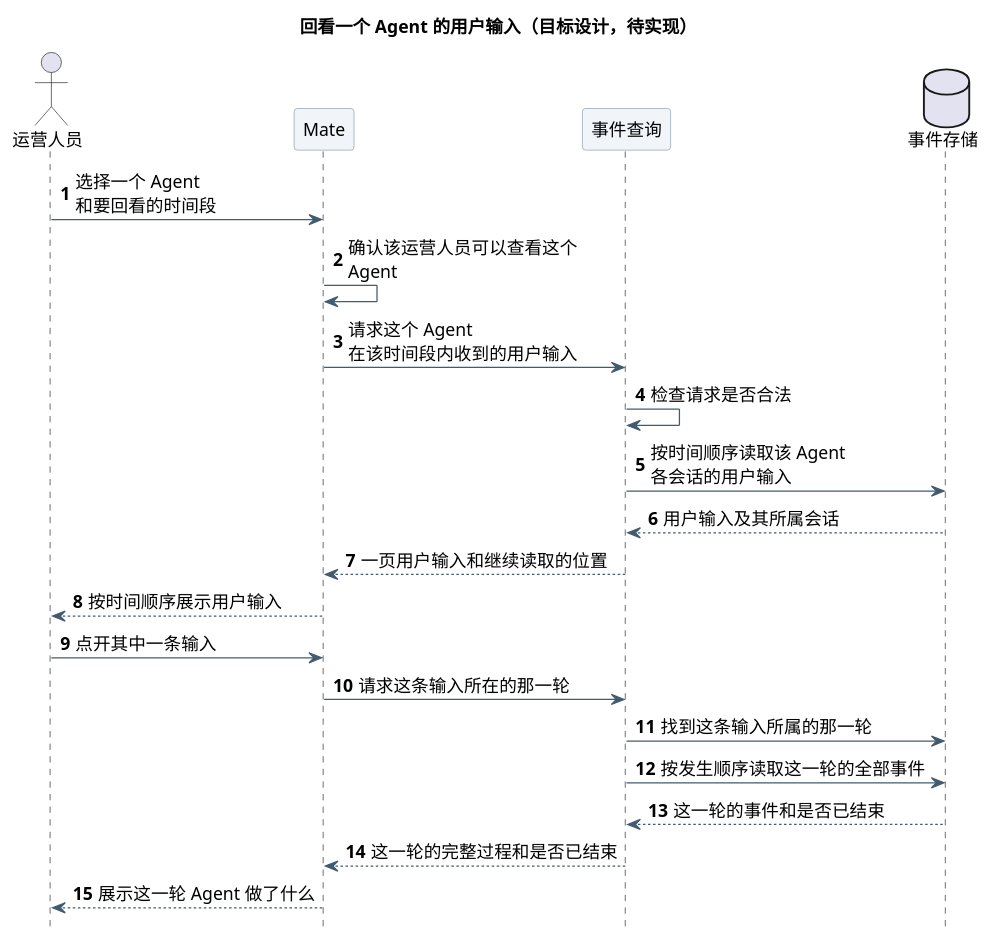
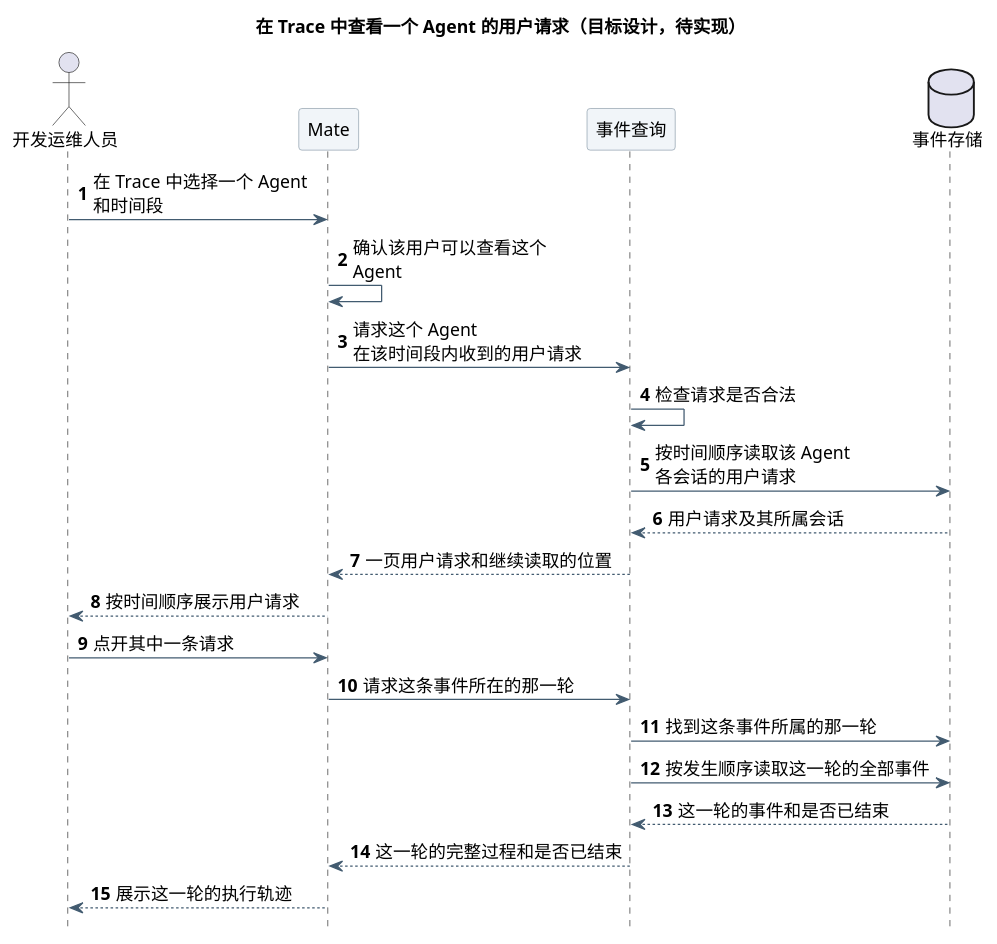
The first of 3 diagrams in 01-总体架构/01-CampusClaw多Agent运行时/设计图/Agent用户事件查询/diagram.puml (ssm0808/pi-mono-java-design), drawn with PlantUML before and after one commit. The commit also changed 5 other files, not shown here.

```diff
--- a/01-总体架构/01-CampusClaw多Agent运行时/设计图/Agent用户事件查询/diagram.puml
+++ b/01-总体架构/01-CampusClaw多Agent运行时/设计图/Agent用户事件查询/diagram.puml
@@ -1,42 +1,42 @@
 @startuml agent_user_events_overview
 ' 源码证据：pi-mono-java main 769e86592285f4a25b0febaf551eddea6bc7212c
 ' modules/coding-agent-cli/src/main/java/com/campusclaw/codingagent/runtimeapi/
 ' web/RuntimeEventController.java:list
 ' event/CommittedEventQueryService.java:list,pageOf
 ' event/CommittedEventProjection.java:project
 ' persistence/MyBatisRuntimeExecutionControlRepository.java:linkCommittedEvent
 ' 已观察行为：事件只能按单个 Session 读取；轮次以根执行和结果段关联的形式存在。
-' 设计原因：Mate 先按 Agent 回看用户输入，再按需展开其中一轮。
+' 设计原因：Trace 先按 Agent 列出用户请求，再按需展开其中一轮的执行轨迹。
 ' 待实现：两个读取接口和事件表 agent_id 索引。
 skinparam backgroundColor white
 skinparam defaultFontName SansSerif
 skinparam defaultFontSize 14
 skinparam shadowing false
 skinparam ArrowColor #425B70
 skinparam sequenceParticipantBackgroundColor #F1F5F9
 skinparam sequenceParticipantBorderColor #8496A4
 skinparam sequenceMessageAlign left
 skinparam maxMessageSize 190
 hide footbox
 autonumber
-title 回看一个 Agent 的用户输入（目标设计，待实现）
-actor "运营人员" as Operator
+title 在 Trace 中查看一个 Agent 的用户请求（目标设计，待实现）
+actor "开发运维人员" as Operator
 participant "Mate" as Mate
 participant "事件查询" as Query
 database "事件存储" as Store
-Operator -> Mate : 选择一个 Agent 和要回看的时间段
-Mate -> Mate : 确认该运营人员可以查看这个 Agent
-Mate -> Query : 请求这个 Agent 在该时间段内收到的用户输入
+Operator -> Mate : 在 Trace 中选择一个 Agent 和时间段
+Mate -> Mate : 确认该用户可以查看这个 Agent
+Mate -> Query : 请求这个 Agent 在该时间段内收到的用户请求
 Query -> Query : 检查请求是否合法
-Query -> Store : 按时间顺序读取该 Agent 各会话的用户输入
-Store --> Query : 用户输入及其所属会话
-Query --> Mate : 一页用户输入和继续读取的位置
-Mate --> Operator : 按时间顺序展示用户输入
-Operator -> Mate : 点开其中一条输入
-Mate -> Query : 请求这条输入所在的那一轮
-Query -> Store : 找到这条输入所属的那一轮
+Query -> Store : 按时间顺序读取该 Agent 各会话的用户请求
+Store --> Query : 用户请求及其所属会话
+Query --> Mate : 一页用户请求和继续读取的位置
+Mate --> Operator : 按时间顺序展示用户请求
+Operator -> Mate : 点开其中一条请求
+Mate -> Query : 请求这条事件所在的那一轮
+Query -> Store : 找到这条事件所属的那一轮
 Query -> Store : 按发生顺序读取这一轮的全部事件
 Store --> Query : 这一轮的事件和是否已结束
 Query --> Mate : 这一轮的完整过程和是否已结束
-Mate --> Operator : 展示这一轮 Agent 做了什么
+Mate --> Operator : 展示这一轮的执行轨迹
 @enduml
```
